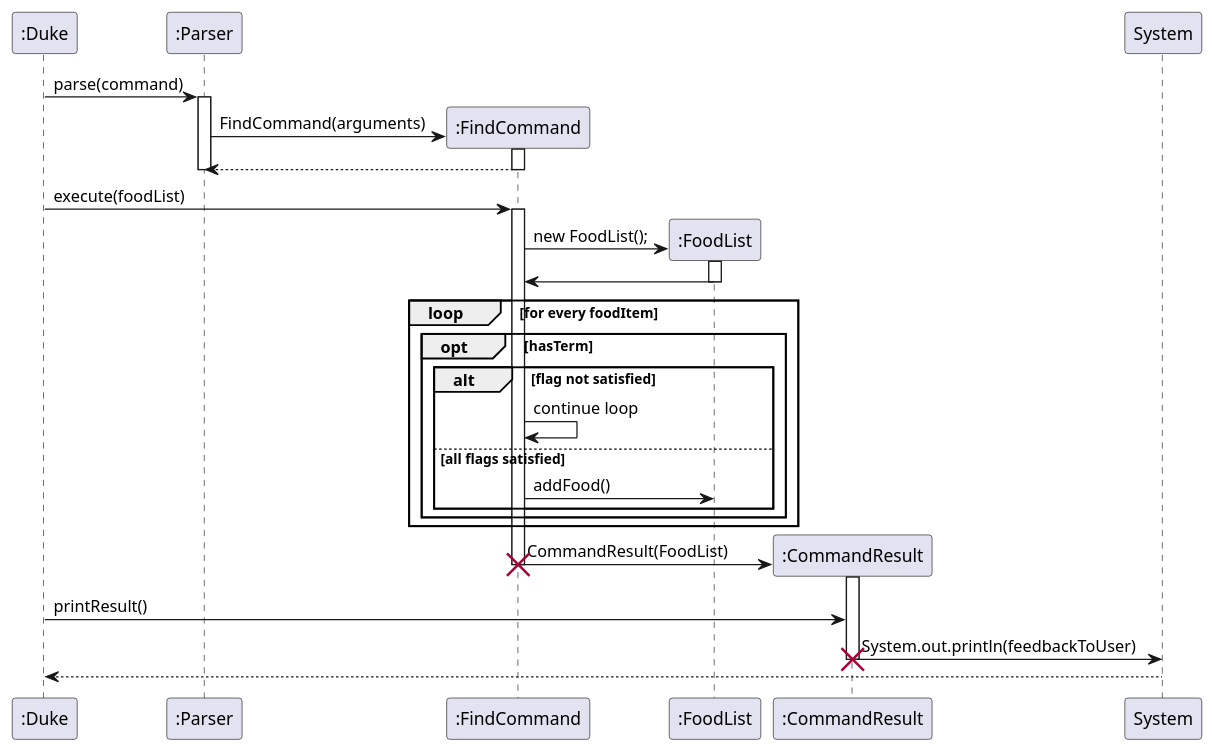
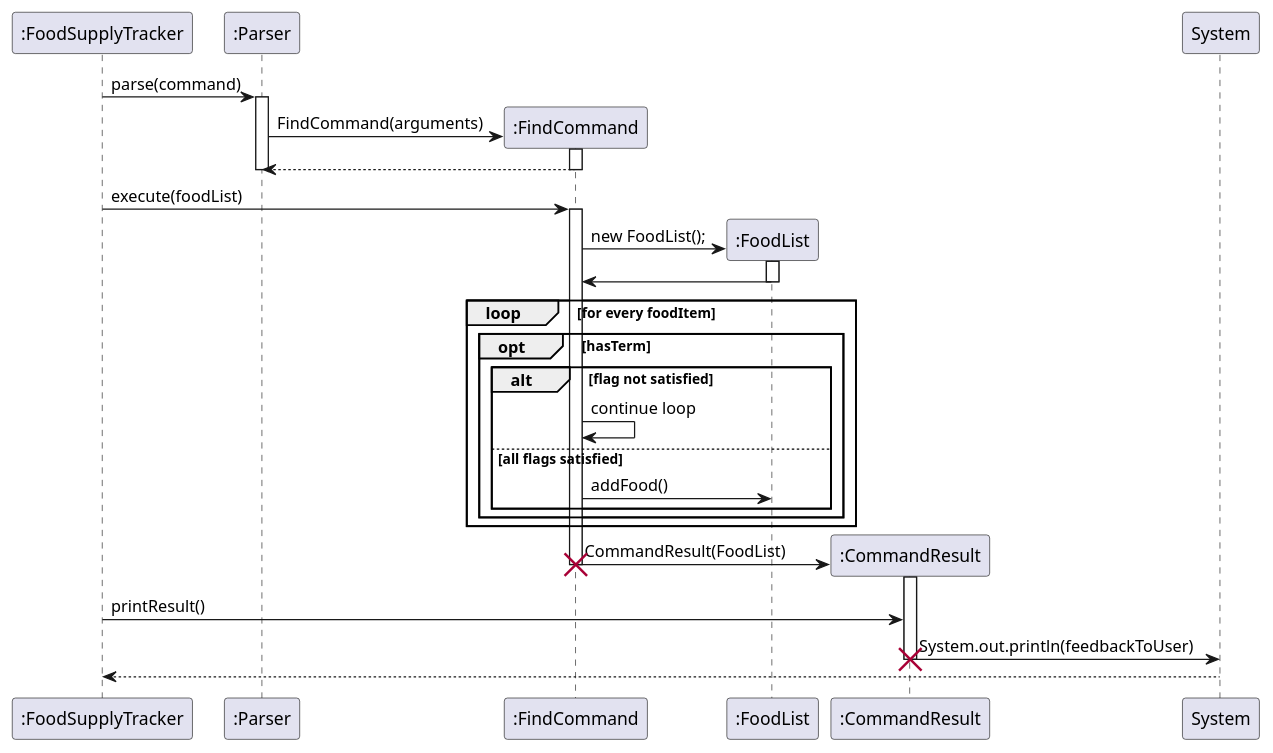
The diagram in docs/puml/FindCommandSequenceDiagram.puml (tsx0314/tp), drawn with PlantUML before and after one commit. The commit also changed 103 other files, not shown here.

```diff
--- a/docs/puml/FindCommandSequenceDiagram.puml
+++ b/docs/puml/FindCommandSequenceDiagram.puml
@@ -1,45 +1,45 @@
 @startuml
 
-":Duke" -> ":Parser": parse(command)
+":FoodSupplyTracker" -> ":Parser": parse(command)
 activate ":Parser"
 
 create ":FindCommand"
 ":FindCommand" <- ":Parser" : FindCommand(arguments)
 activate ":FindCommand"
 ":FindCommand" --> ":Parser"
 deactivate ":FindCommand"
 deactivate ":Parser"
 
-":Duke" -> ":FindCommand" : execute(foodList)
+":FoodSupplyTracker" -> ":FindCommand" : execute(foodList)
 activate ":FindCommand"
 
 create ":FoodList" as Result
 ":FindCommand" -> Result: new FoodList();
 activate Result
 Result -> ":FindCommand"
 deactivate Result
 
 loop for every foodItem
     opt hasTerm
         alt flag not satisfied
              ":FindCommand" -> ":FindCommand": continue loop
         else all flags satisfied
             ":FindCommand" -> Result: addFood()
         end
     end
 end
 
 
 create ":CommandResult"
 ":FindCommand" -> ":CommandResult" : CommandResult(FoodList)
 activate ":CommandResult"
 deactivate ":FindCommand"
 destroy ":FindCommand"
 
-":Duke" -> ":CommandResult": printResult()
+":FoodSupplyTracker" -> ":CommandResult": printResult()
 ":CommandResult"->System: System.out.println(feedbackToUser)
 deactivate ":CommandResult"
 destroy ":CommandResult"
 
-System --> ":Duke"
+System --> ":FoodSupplyTracker"
 @enduml
```
